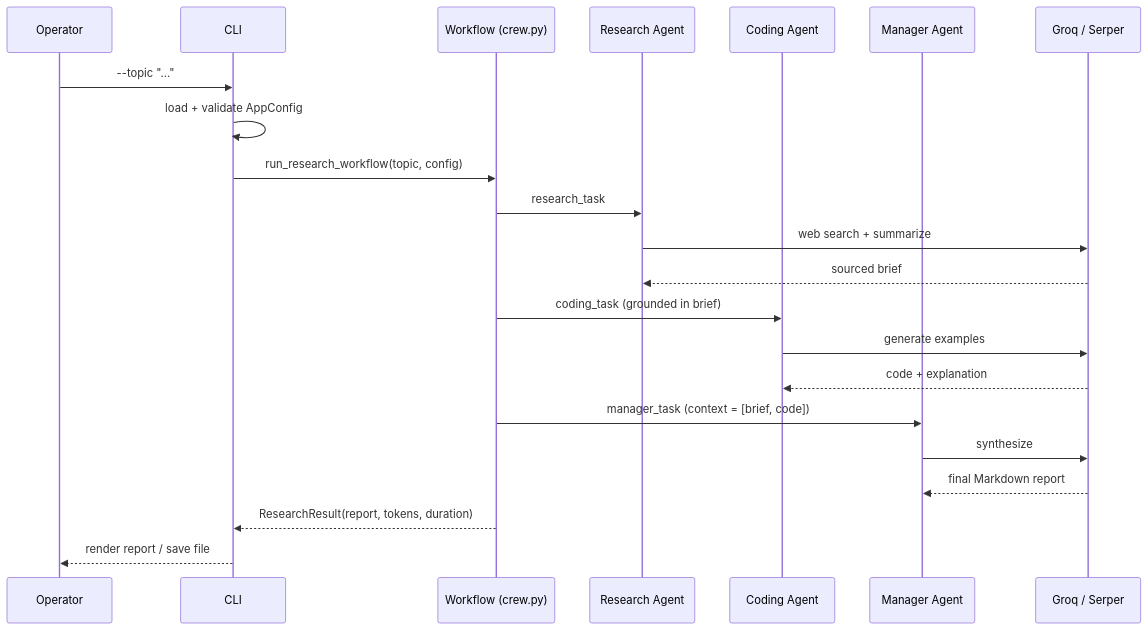
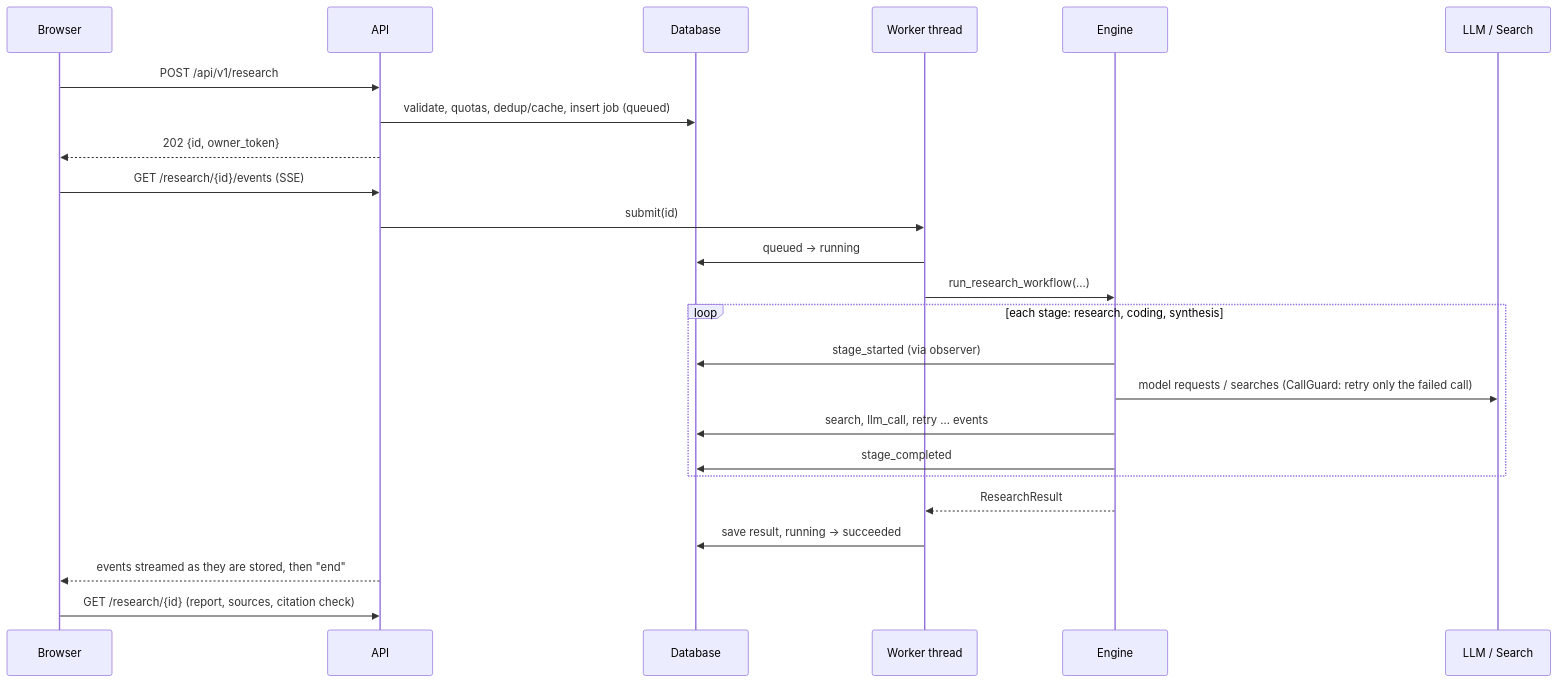
Before and after one commit to syed-waleed-ahmed/Multi-Agent-Research-Team: the third of 4 diagrams in ARCHITECTURE.md, drawn with Mermaid. The commit also changed other lines of this file and 16 other files, not shown here.

````diff
--- a/ARCHITECTURE.md
+++ b/ARCHITECTURE.md
@@ -79,25 +84,27 @@
 ```mermaid
 sequenceDiagram
-    participant U as Operator
-    participant C as CLI
-    participant W as Workflow (crew.py)
-    participant R as Research Agent
-    participant K as Coding Agent
-    participant M as Manager Agent
-    participant G as Groq / Serper
+    participant B as Browser
+    participant A as API
+    participant D as Database
+    participant W as Worker thread
+    participant E as Engine
+    participant P as LLM / Search
 
-    U->>C: --topic "..."
-    C->>C: load + validate AppConfig
-    C->>W: run_research_workflow(topic, config)
-    W->>R: research_task
-    R->>G: web search + summarize
-    G-->>R: sourced brief
-    W->>K: coding_task (grounded in brief)
-    K->>G: generate examples
-    G-->>K: code + explanation
-    W->>M: manager_task (context = [brief, code])
-    M->>G: synthesize
-    G-->>M: final Markdown report
-    W-->>C: ResearchResult(report, tokens, duration)
-    C-->>U: render report / save file
+    B->>A: POST /api/v1/research
+    A->>D: validate, quotas, dedup/cache, insert job (queued)
+    A-->>B: 202 {id, owner_token}
+    B->>A: GET /research/{id}/events (SSE)
+    A->>W: submit(id)
+    W->>D: queued → running
+    W->>E: run_research_workflow(...)
+    loop each stage: research, coding, synthesis
+        E->>D: stage_started (via observer)
+        E->>P: model requests / searches (CallGuard: retry only the failed call)
+        E->>D: search, llm_call, retry … events
+        E->>D: stage_completed
+    end
+    E-->>W: ResearchResult
+    W->>D: save result, running → succeeded
+    A-->>B: events streamed as they are stored, then "end"
+    B->>A: GET /research/{id} (report, sources, citation check)
 ```
````
